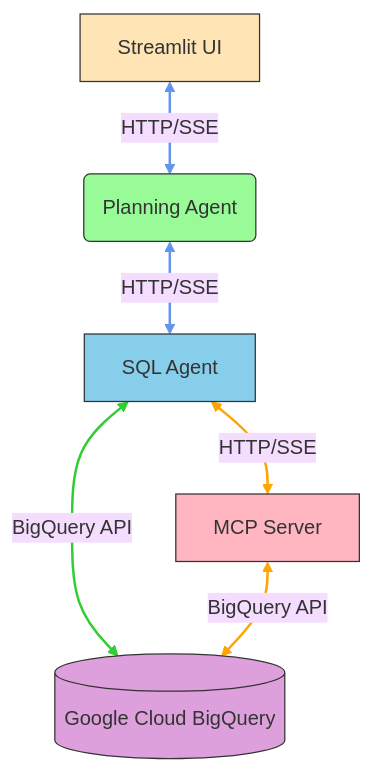
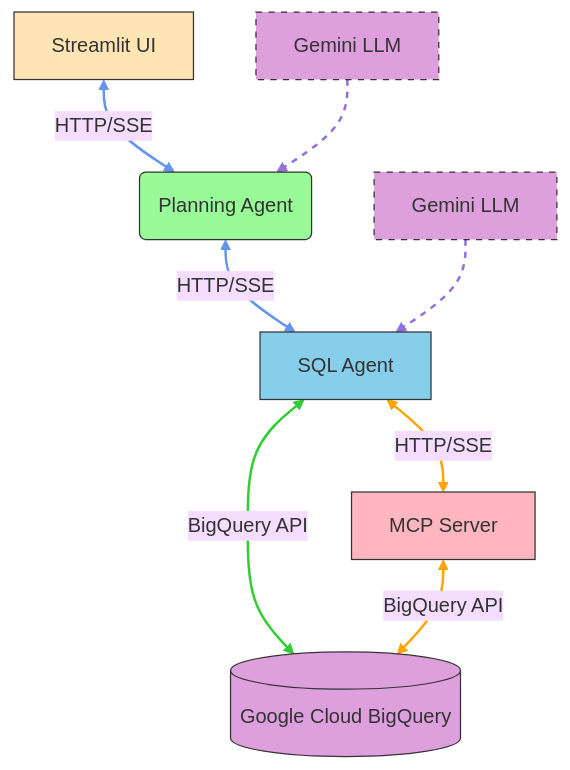
The diagram in ARCHITECTURE.md (thepowrhouse/bigquery-mcp-sql-generator), drawn with Mermaid (base theme) before and after one commit. The commit also changed 1 other file, not shown here.

Commit message:
Updated architecture diagrams to include LLM references
- Added Gemini LLM components to both README.md and ARCHITECTURE.md diagrams
- Used dashed lines to show LLM interactions with Planning Agent and SQL Agent
- Improved visual representation to show how LLM enhances intelligence in both agents

````diff
--- a/ARCHITECTURE.md
+++ b/ARCHITECTURE.md
@@ -53,20 +53,26 @@
 ```mermaid
 graph TD
     A[Streamlit UI] <-- HTTP/SSE --> B(Planning Agent)
     B <-- HTTP/SSE --> C[SQL Agent]
     C <-- BigQuery API --> D[(Google Cloud BigQuery)]
     C <-- HTTP/SSE --> E[MCP Server]
     E <-- BigQuery API --> D
+    F[Gemini LLM] -.-> C
+    G[Gemini LLM] -.-> B
 
     style A fill:#FFE4B5,stroke:#333
     style B fill:#98FB98,stroke:#333
     style C fill:#87CEEB,stroke:#333
     style E fill:#FFB6C1,stroke:#333
     style D fill:#DDA0DD,stroke:#333
+    style F fill:#DDA0DD,stroke:#333,stroke-dasharray: 5 5
+    style G fill:#DDA0DD,stroke:#333,stroke-dasharray: 5 5
 
     linkStyle 0 stroke:#6495ED,stroke-width:2px
     linkStyle 1 stroke:#6495ED,stroke-width:2px
     linkStyle 2 stroke:#32CD32,stroke-width:2px
     linkStyle 3 stroke:#FFA500,stroke-width:2px
     linkStyle 4 stroke:#FFA500,stroke-width:2px
+    linkStyle 5 stroke:#9370DB,stroke-width:2px,stroke-dasharray: 5 5
+    linkStyle 6 stroke:#9370DB,stroke-width:2px,stroke-dasharray: 5 5
 ```
````
